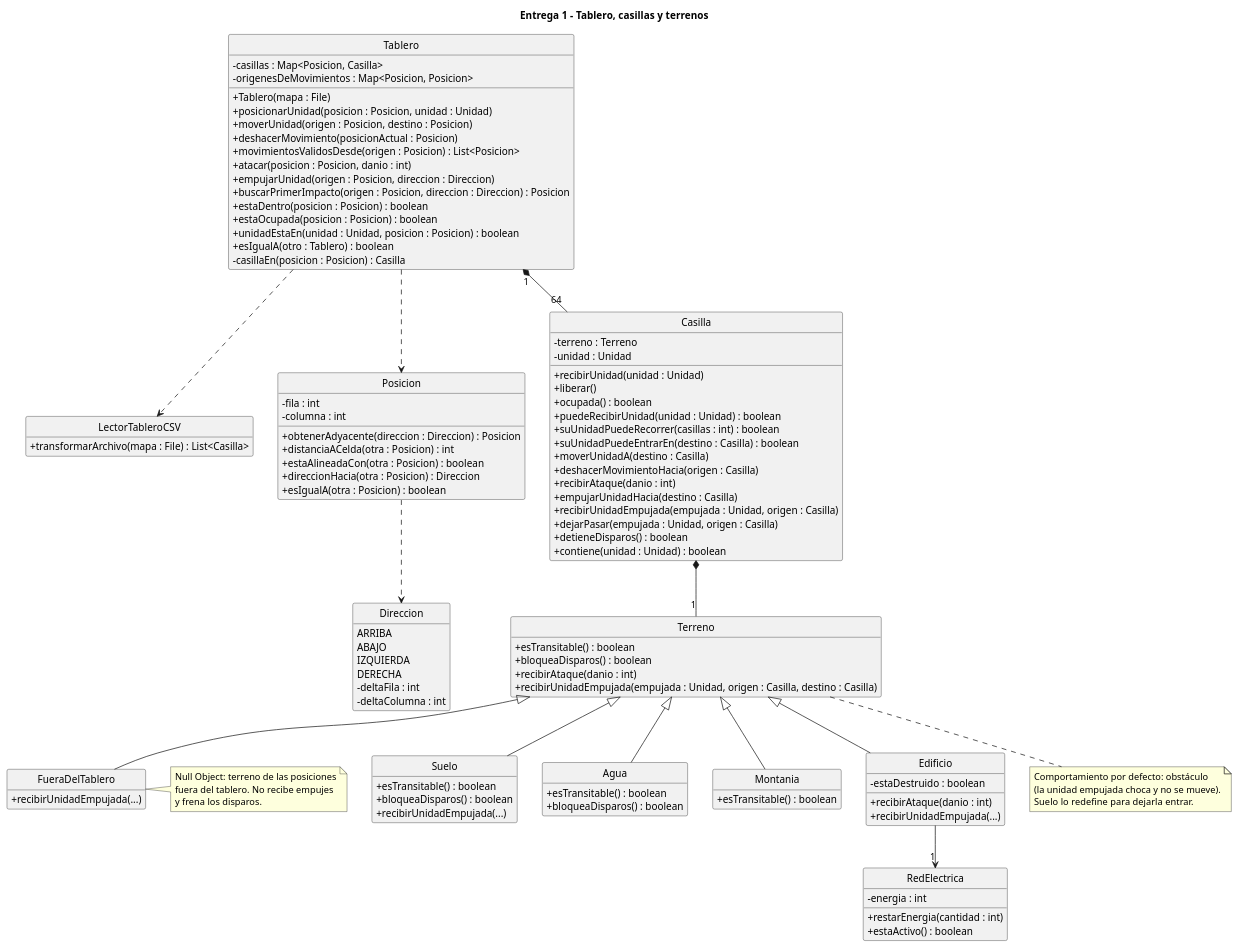
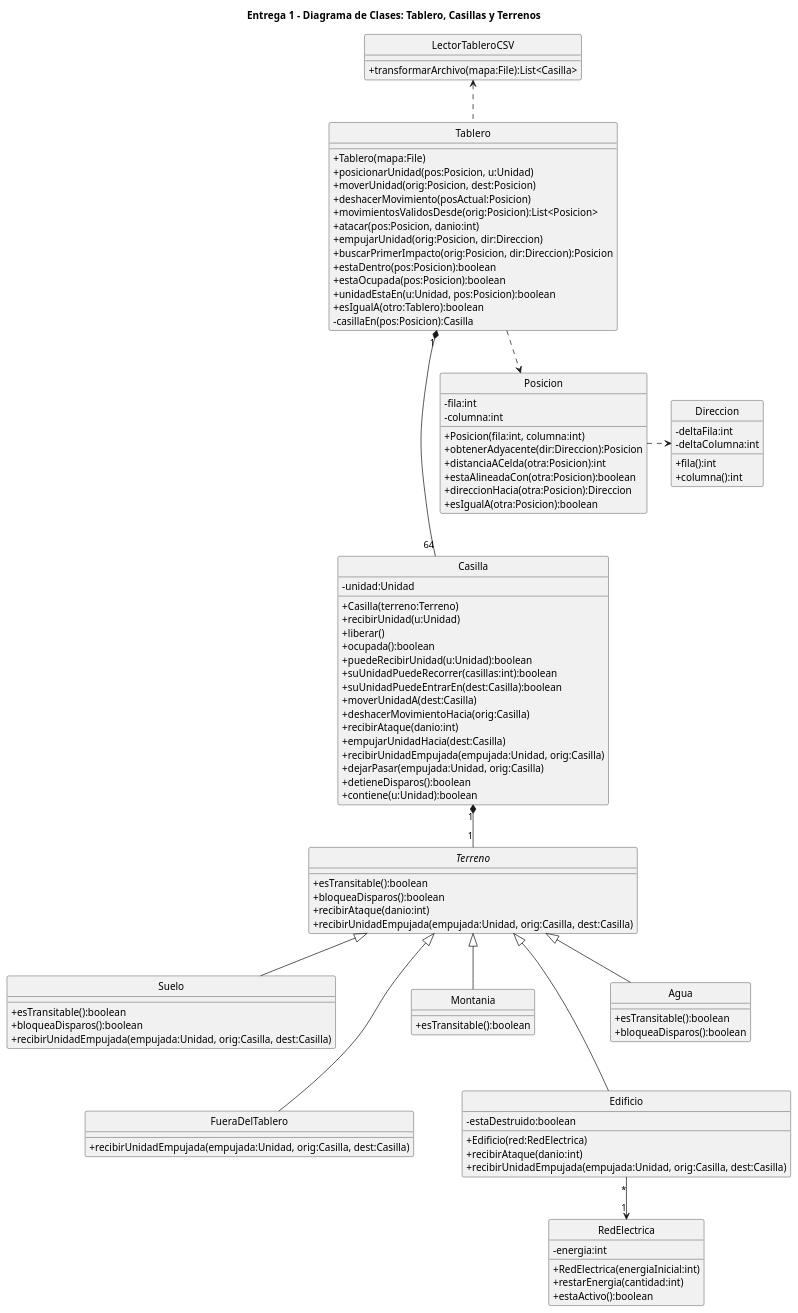
Before and after one commit to LautaroHidalgo/Into-the-Breach-TP: the diagram in Modelo1/Diagramas/clases_tablero.puml, drawn with PlantUML. The commit also changed 1 other file, not shown here.

Commit message:
Correccion diagramas de clases tablero y unidades.

```diff
--- a/Modelo1/Diagramas/clases_tablero.puml
+++ b/Modelo1/Diagramas/clases_tablero.puml
@@ -1,124 +1,122 @@
 @startuml clases_tablero
-title Entrega 1 - Tablero, casillas y terrenos
+title Entrega 1 - Diagrama de Clases: Tablero, Casillas y Terrenos
 
 hide circle
-hide empty members
 skinparam classAttributeIconSize 0
+top to bottom direction
+
+class LectorTableroCSV {
+  + transformarArchivo(mapa:File):List<Casilla>
+}
 
 class Tablero {
-  - casillas : Map<Posicion, Casilla>
-  - origenesDeMovimientos : Map<Posicion, Posicion>
-  + Tablero(mapa : File)
-  + posicionarUnidad(posicion : Posicion, unidad : Unidad)
-  + moverUnidad(origen : Posicion, destino : Posicion)
-  + deshacerMovimiento(posicionActual : Posicion)
-  + movimientosValidosDesde(origen : Posicion) : List<Posicion>
-  + atacar(posicion : Posicion, danio : int)
-  + empujarUnidad(origen : Posicion, direccion : Direccion)
-  + buscarPrimerImpacto(origen : Posicion, direccion : Direccion) : Posicion
-  + estaDentro(posicion : Posicion) : boolean
-  + estaOcupada(posicion : Posicion) : boolean
-  + unidadEstaEn(unidad : Unidad, posicion : Posicion) : boolean
-  + esIgualA(otro : Tablero) : boolean
-  - casillaEn(posicion : Posicion) : Casilla
-}
-
-class LectorTableroCSV {
-  + transformarArchivo(mapa : File) : List<Casilla>
+  + Tablero(mapa:File)
+  + posicionarUnidad(pos:Posicion, u:Unidad)
+  + moverUnidad(orig:Posicion, dest:Posicion)
+  + deshacerMovimiento(posActual:Posicion)
+  + movimientosValidosDesde(orig:Posicion):List<Posicion>
+  + atacar(pos:Posicion, danio:int)
+  + empujarUnidad(orig:Posicion, dir:Direccion)
+  + buscarPrimerImpacto(orig:Posicion, dir:Direccion):Posicion
+  + estaDentro(pos:Posicion):boolean
+  + estaOcupada(pos:Posicion):boolean
+  + unidadEstaEn(u:Unidad, pos:Posicion):boolean
+  + esIgualA(otro:Tablero):boolean
+  - casillaEn(pos:Posicion):Casilla
 }
 
 class Posicion {
-  - fila : int
-  - columna : int
-  + obtenerAdyacente(direccion : Direccion) : Posicion
-  + distanciaACelda(otra : Posicion) : int
-  + estaAlineadaCon(otra : Posicion) : boolean
-  + direccionHacia(otra : Posicion) : Direccion
-  + esIgualA(otra : Posicion) : boolean
+  - fila:int
+  - columna:int
+  + Posicion(fila:int, columna:int)
+  + obtenerAdyacente(dir:Direccion):Posicion
+  + distanciaACelda(otra:Posicion):int
+  + estaAlineadaCon(otra:Posicion):boolean
+  + direccionHacia(otra:Posicion):Direccion
+  + esIgualA(otra:Posicion):boolean
 }
 
-enum Direccion {
-  ARRIBA
-  ABAJO
-  IZQUIERDA
-  DERECHA
-  - deltaFila : int
-  - deltaColumna : int
+class Direccion {
+  - deltaFila:int
+  - deltaColumna:int
+  + fila():int
+  + columna():int
 }
 
 class Casilla {
-  - terreno : Terreno
-  - unidad : Unidad
-  + recibirUnidad(unidad : Unidad)
+  - unidad:Unidad
+  + Casilla(terreno:Terreno)
+  + recibirUnidad(u:Unidad)
   + liberar()
-  + ocupada() : boolean
-  + puedeRecibirUnidad(unidad : Unidad) : boolean
-  + suUnidadPuedeRecorrer(casillas : int) : boolean
-  + suUnidadPuedeEntrarEn(destino : Casilla) : boolean
-  + moverUnidadA(destino : Casilla)
-  + deshacerMovimientoHacia(origen : Casilla)
-  + recibirAtaque(danio : int)
-  + empujarUnidadHacia(destino : Casilla)
-  + recibirUnidadEmpujada(empujada : Unidad, origen : Casilla)
-  + dejarPasar(empujada : Unidad, origen : Casilla)
-  + detieneDisparos() : boolean
-  + contiene(unidad : Unidad) : boolean
+  + ocupada():boolean
+  + puedeRecibirUnidad(u:Unidad):boolean
+  + suUnidadPuedeRecorrer(casillas:int):boolean
+  + suUnidadPuedeEntrarEn(dest:Casilla):boolean
+  + moverUnidadA(dest:Casilla)
+  + deshacerMovimientoHacia(orig:Casilla)
+  + recibirAtaque(danio:int)
+  + empujarUnidadHacia(dest:Casilla)
+  + recibirUnidadEmpujada(empujada:Unidad, orig:Casilla)
+  + dejarPasar(empujada:Unidad, orig:Casilla)
+  + detieneDisparos():boolean
+  + contiene(u:Unidad):boolean
 }
 
-class Terreno {
-  + esTransitable() : boolean
-  + bloqueaDisparos() : boolean
-  + recibirAtaque(danio : int)
-  + recibirUnidadEmpujada(empujada : Unidad, origen : Casilla, destino : Casilla)
+abstract class Terreno {
+  + esTransitable():boolean
+  + bloqueaDisparos():boolean
+  + recibirAtaque(danio:int)
+  + recibirUnidadEmpujada(empujada:Unidad, orig:Casilla, dest:Casilla)
 }
 
 class Suelo {
-  + esTransitable() : boolean
-  + bloqueaDisparos() : boolean
-  + recibirUnidadEmpujada(...)
-}
-class Agua {
-  + esTransitable() : boolean
-  + bloqueaDisparos() : boolean
-}
-class Montania {
-  + esTransitable() : boolean
-}
-class Edificio {
-  - estaDestruido : boolean
-  + recibirAtaque(danio : int)
-  + recibirUnidadEmpujada(...)
-}
-class FueraDelTablero {
-  + recibirUnidadEmpujada(...)
-}
-class RedElectrica {
-  - energia : int
-  + restarEnergia(cantidad : int)
-  + estaActivo() : boolean
+  + esTransitable():boolean
+  + bloqueaDisparos():boolean
+  + recibirUnidadEmpujada(empujada:Unidad, orig:Casilla, dest:Casilla)
 }
 
-Tablero "1" *-- "64" Casilla
-Tablero ..> LectorTableroCSV
-Tablero ..> Posicion
-Posicion ..> Direccion
-Casilla *-- "1" Terreno
-Terreno <|-- Suelo
-Terreno <|-- Agua
-Terreno <|-- Montania
-Terreno <|-- Edificio
-Terreno <|-- FueraDelTablero
-Edificio --> "1" RedElectrica
+class Agua {
+  + esTransitable():boolean
+  + bloqueaDisparos():boolean
+}
 
-note right of FueraDelTablero
-  Null Object: terreno de las posiciones
-  fuera del tablero. No recibe empujes
-  y frena los disparos.
-end note
+class Montania {
+  + esTransitable():boolean
+}
 
-note bottom of Terreno
-  Comportamiento por defecto: obstáculo
-  (la unidad empujada choca y no se mueve).
-  Suelo lo redefine para dejarla entrar.
-end note
+class FueraDelTablero {
+  + recibirUnidadEmpujada(empujada:Unidad, orig:Casilla, dest:Casilla)
+}
+
+class Edificio {
+  - estaDestruido:boolean
+  + Edificio(red:RedElectrica)
+  + recibirAtaque(danio:int)
+  + recibirUnidadEmpujada(empujada:Unidad, orig:Casilla, dest:Casilla)
+}
+
+class RedElectrica {
+  - energia:int
+  + RedElectrica(energiaInicial:int)
+  + restarEnergia(cantidad:int)
+  + estaActivo():boolean
+}
+
+Tablero .up.> LectorTableroCSV
+Tablero .down.> Posicion
+Posicion .right.> Direccion
+Posicion -[hidden]down-> Casilla
+
+Tablero "1" *-down- "64" Casilla
+Casilla "1" *-down- "1" Terreno
+
+Terreno <|-down- Suelo
+Terreno <|-down- Agua
+Terreno <|-down- Montania
+Terreno <|-down- FueraDelTablero
+Terreno <|-down- Edificio
+
+Suelo -[hidden]down-> FueraDelTablero
+Agua -[hidden]down-> Edificio
+Edificio "*" -down-> "1" RedElectrica
 @enduml
```
